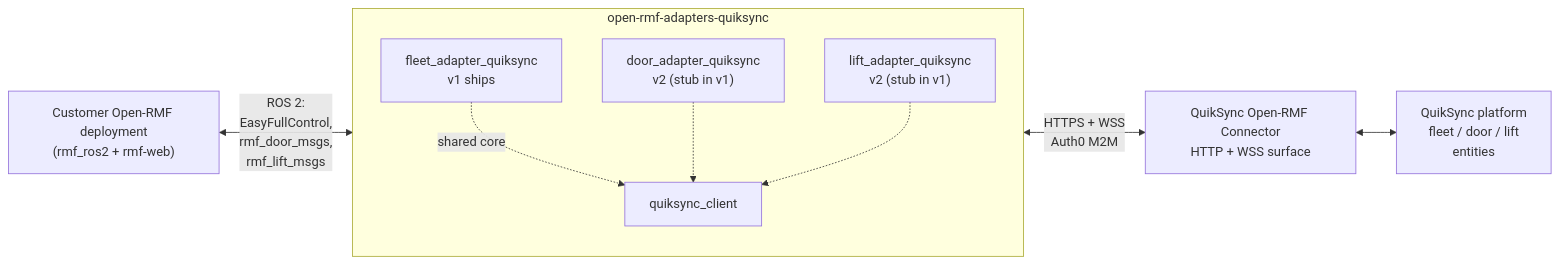
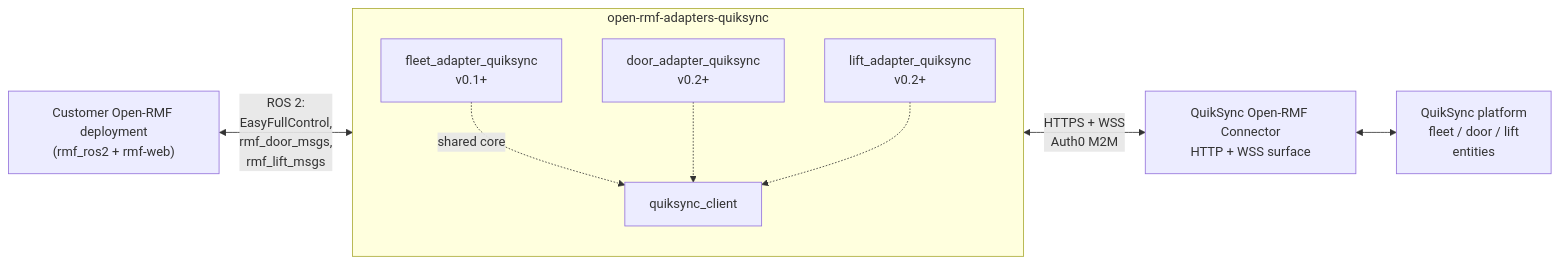
The first of 2 diagrams in README.md (quikbot/open-rmf-adapters-quiksync), drawn with Mermaid before and after one commit. The commit also changed other lines of this file and 3 other files, not shown here.

````diff
--- a/README.md
+++ b/README.md
@@ -26,21 +26,21 @@
 ```mermaid
 flowchart LR
   customer["Customer Open-RMF deployment<br/>(rmf_ros2 + rmf-web)"]
 
   subgraph adapters ["open-rmf-adapters-quiksync"]
     direction TB
-    fleet["fleet_adapter_quiksync<br/>v1 ships"]
-    door["door_adapter_quiksync<br/>v2 (stub in v1)"]
-    lift["lift_adapter_quiksync<br/>v2 (stub in v1)"]
+    fleet["fleet_adapter_quiksync<br/>v0.1+"]
+    door["door_adapter_quiksync<br/>v0.2+"]
+    lift["lift_adapter_quiksync<br/>v0.2+"]
     fleet -.shared core.-> client["quiksync_client"]
     door -.-> client
     lift -.-> client
   end
 
   connector["QuikSync Open-RMF Connector<br/>HTTP + WSS surface"]
   platform["QuikSync platform<br/>fleet / door / lift<br/>entities"]
 
   customer <-->|"ROS 2:<br/>EasyFullControl,<br/>rmf_door_msgs,<br/>rmf_lift_msgs"| adapters
   adapters <-->|"HTTPS + WSS<br/>Auth0 M2M"| connector
   connector <--> platform
 ```
````
